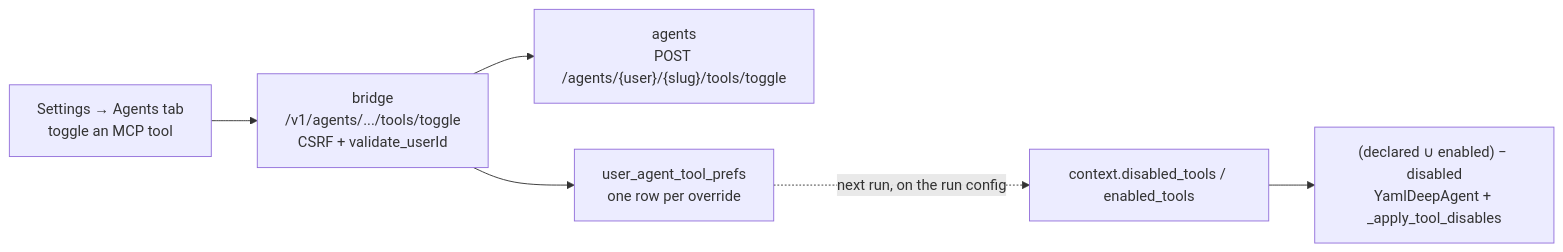
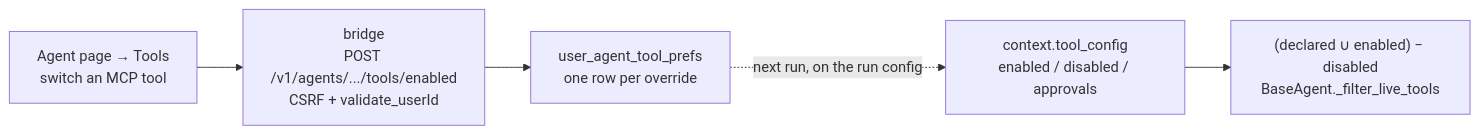
Before and after one commit to konstantinosmpouros/mAgenticX: the fourth of 5 diagrams in docs/development/tool-harness.md, drawn with Mermaid. The commit also changed other lines of this file and 26 other files, not shown here.

````diff
--- a/docs/development/tool-harness.md
+++ b/docs/development/tool-harness.md
@@ -154,8 +155,7 @@
 ```mermaid
 flowchart LR
-    UI["Settings → Agents tab<br/>toggle an MCP tool"] --> BR["bridge<br/>/v1/agents/.../tools/toggle<br/>CSRF + validate_userId"]
-    BR --> AG["agents<br/>POST /agents/{user}/{slug}/tools/toggle"]
+    UI["Agent page → Tools<br/>switch an MCP tool"] --> BR["bridge<br/>POST /v1/agents/.../tools/enabled<br/>CSRF + validate_userId"]
     BR --> TP["user_agent_tool_prefs<br/>one row per override"]
-    TP -. next run, on the run config .-> RD["context.disabled_tools / enabled_tools"]
-    RD --> APD["(declared ∪ enabled) − disabled<br/>YamlDeepAgent + _apply_tool_disables"]
+    TP -. next run, on the run config .-> RD["context.tool_config<br/>enabled / disabled / approvals"]
+    RD --> APD["(declared ∪ enabled) − disabled<br/>BaseAgent._filter_live_tools"]
 ```
````
